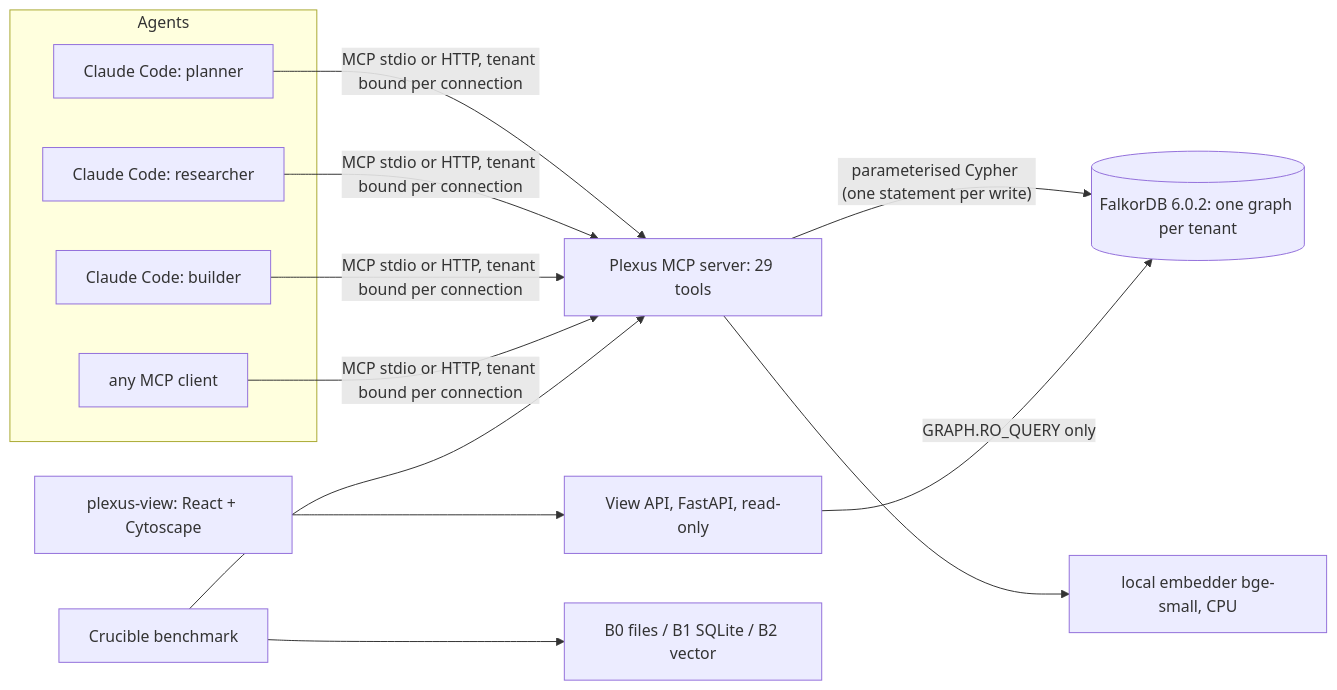
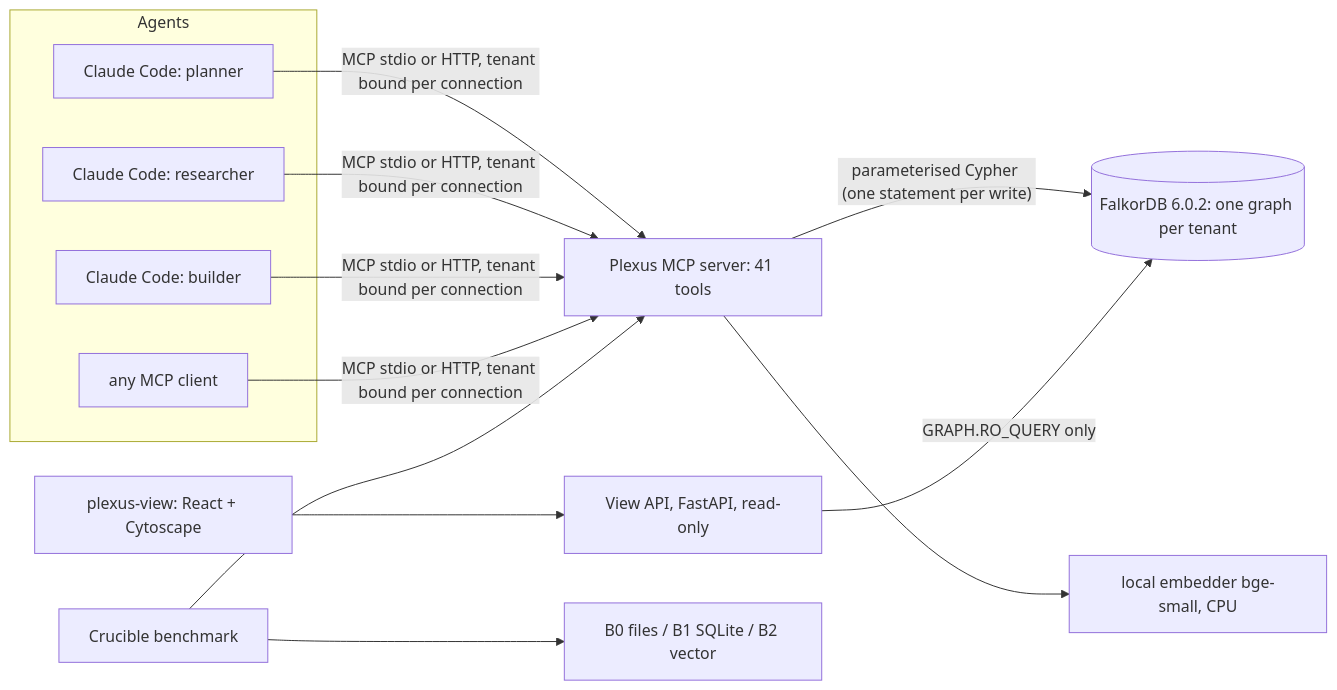
Before and after one commit to Suprim006/knewat: the diagram in docs/PLEXUS_REPORT.md, drawn with Mermaid. The commit also changed other lines of this file and 1 other file, not shown here.

Commit message:
docs: PLEXUS_REPORT.md updated for P7 (staleness, forgetting, L5, real run) and P8 (cleanup); plan P7/P8 complete

````diff
--- a/docs/PLEXUS_REPORT.md
+++ b/docs/PLEXUS_REPORT.md
@@ -131,16 +134,16 @@
 ```mermaid
 flowchart LR
   subgraph Agents
     A1[Claude Code: planner]
     A2[Claude Code: researcher]
     A3[Claude Code: builder]
     A4[any MCP client]
   end
-  A1 & A2 & A3 & A4 -->|MCP stdio or HTTP, tenant bound per connection| MCP[Plexus MCP server: 29 tools]
+  A1 & A2 & A3 & A4 -->|MCP stdio or HTTP, tenant bound per connection| MCP[Plexus MCP server: 41 tools]
   MCP -->|"parameterised Cypher (one statement per write)"| FDB[(FalkorDB 6.0.2: one graph per tenant)]
   MCP --> EMB[local embedder bge-small, CPU]
   API[View API, FastAPI, read-only] -->|GRAPH.RO_QUERY only| FDB
   VIEW[plexus-view: React + Cytoscape] --> API
   CRU[Crucible benchmark] --> MCP
   CRU --> B[B0 files / B1 SQLite / B2 vector]
 ```
````
